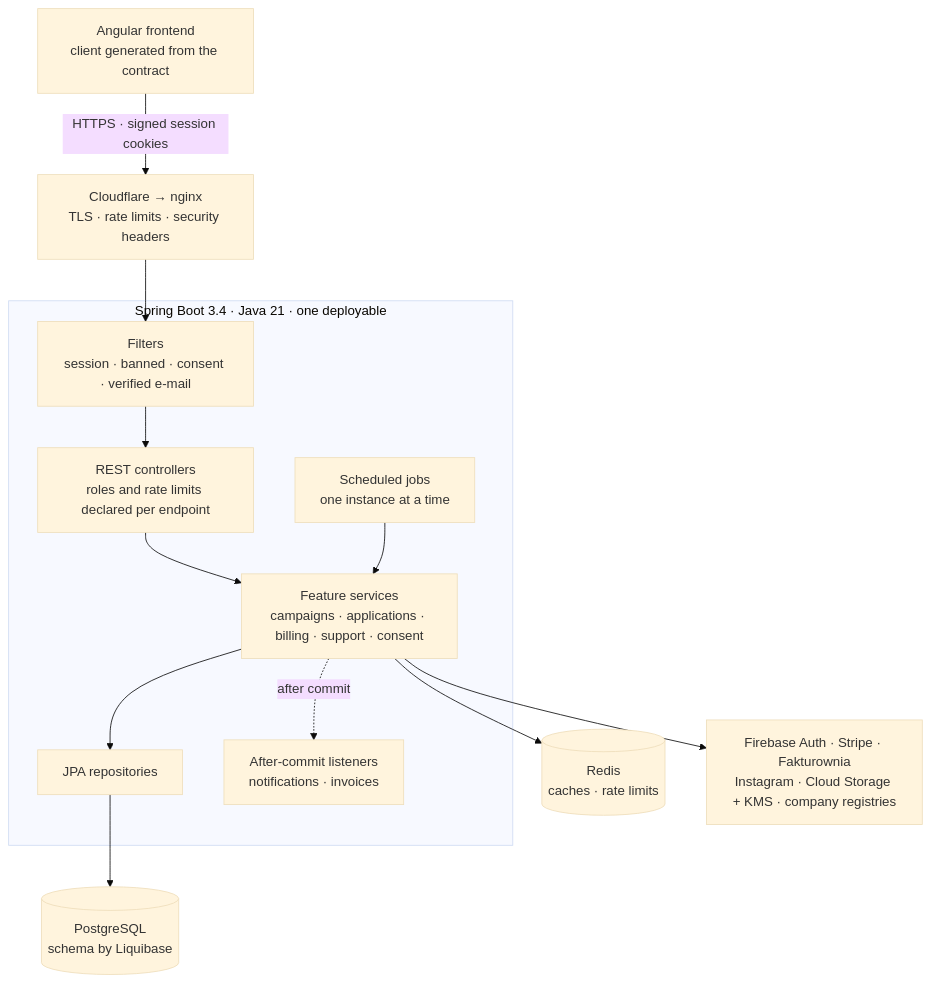
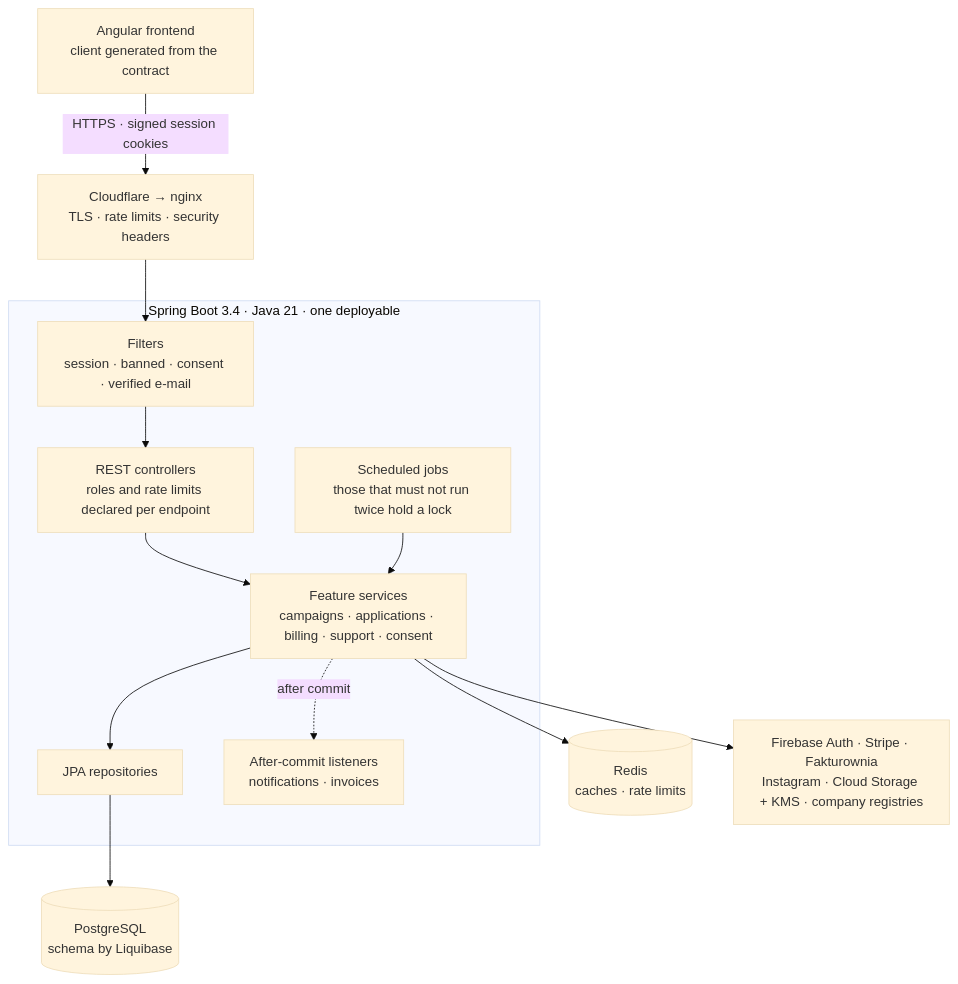
The diagram in docs/guide/overview.md (Check-It-Out-Dev/checkitout-backend), drawn with Mermaid (base theme) before and after one commit. The commit also changed 6 other files, not shown here.

````diff
--- a/docs/guide/overview.md
+++ b/docs/guide/overview.md
@@ -7,23 +7,23 @@
 ```mermaid
 flowchart TB
     FE["Angular frontend<br/>client generated from the contract"]
     EDGE["Cloudflare → nginx<br/>TLS · rate limits · security headers"]
     FE -->|"HTTPS · signed session cookies"| EDGE --> FIL
 
     subgraph APP["Spring Boot 3.4 · Java 21 · one deployable"]
         FIL["Filters<br/>session · banned · consent · verified e-mail"]
         CTL["REST controllers<br/>roles and rate limits declared per endpoint"]
-        JOB["Scheduled jobs<br/>one instance at a time"]
+        JOB["Scheduled jobs<br/>those that must not run twice hold a lock"]
         SVC["Feature services<br/>campaigns · applications · billing · support · consent"]
         REP["JPA repositories"]
         LIS["After-commit listeners<br/>notifications · invoices"]
         FIL --> CTL --> SVC
         JOB --> SVC
         SVC --> REP
         SVC -.->|"after commit"| LIS
     end
 
     REP --> PG[("PostgreSQL<br/>schema by Liquibase")]
     SVC --> RD[("Redis<br/>caches · rate limits")]
     SVC --> EXT["Firebase Auth · Stripe · Fakturownia<br/>Instagram · Cloud Storage + KMS · company registries"]
 ```
````
